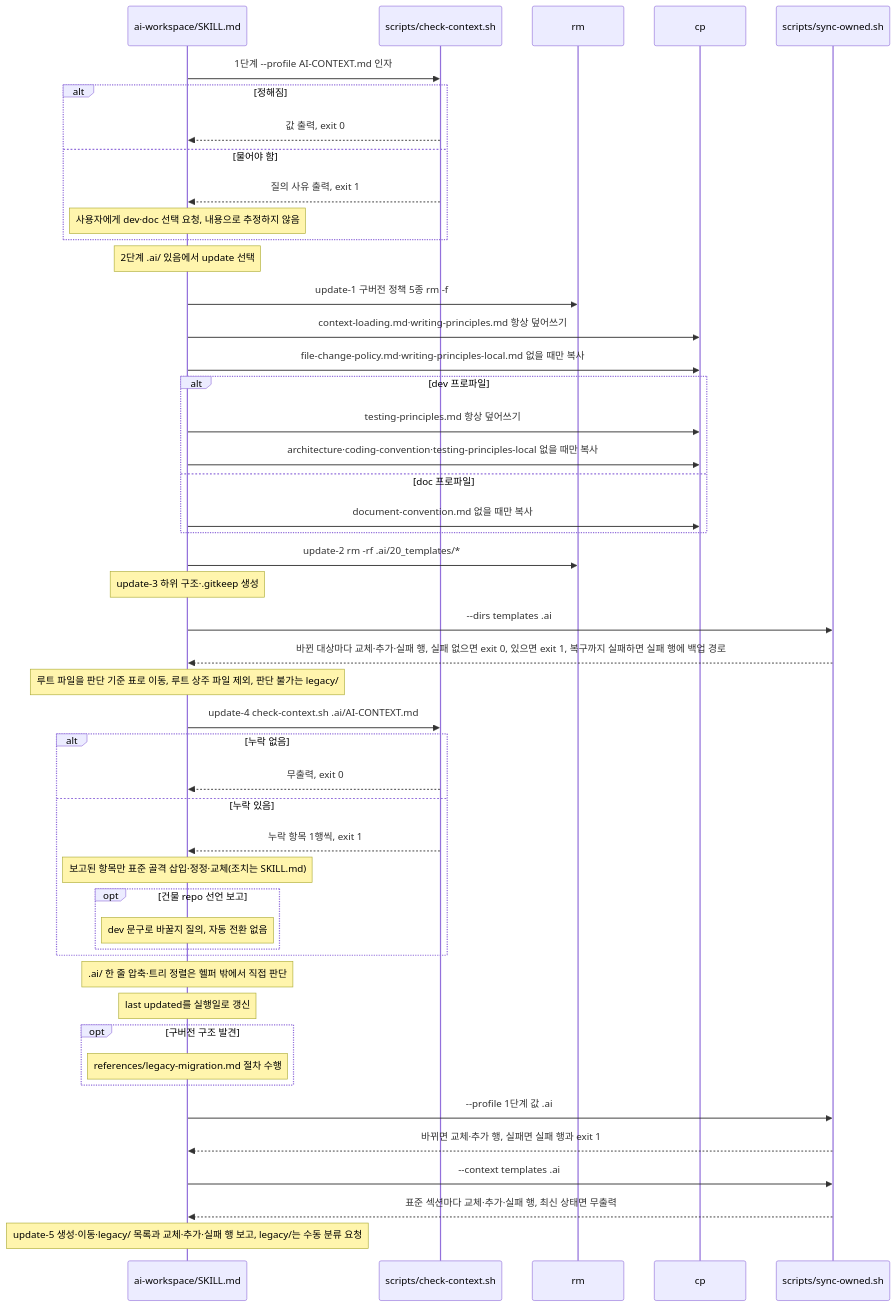
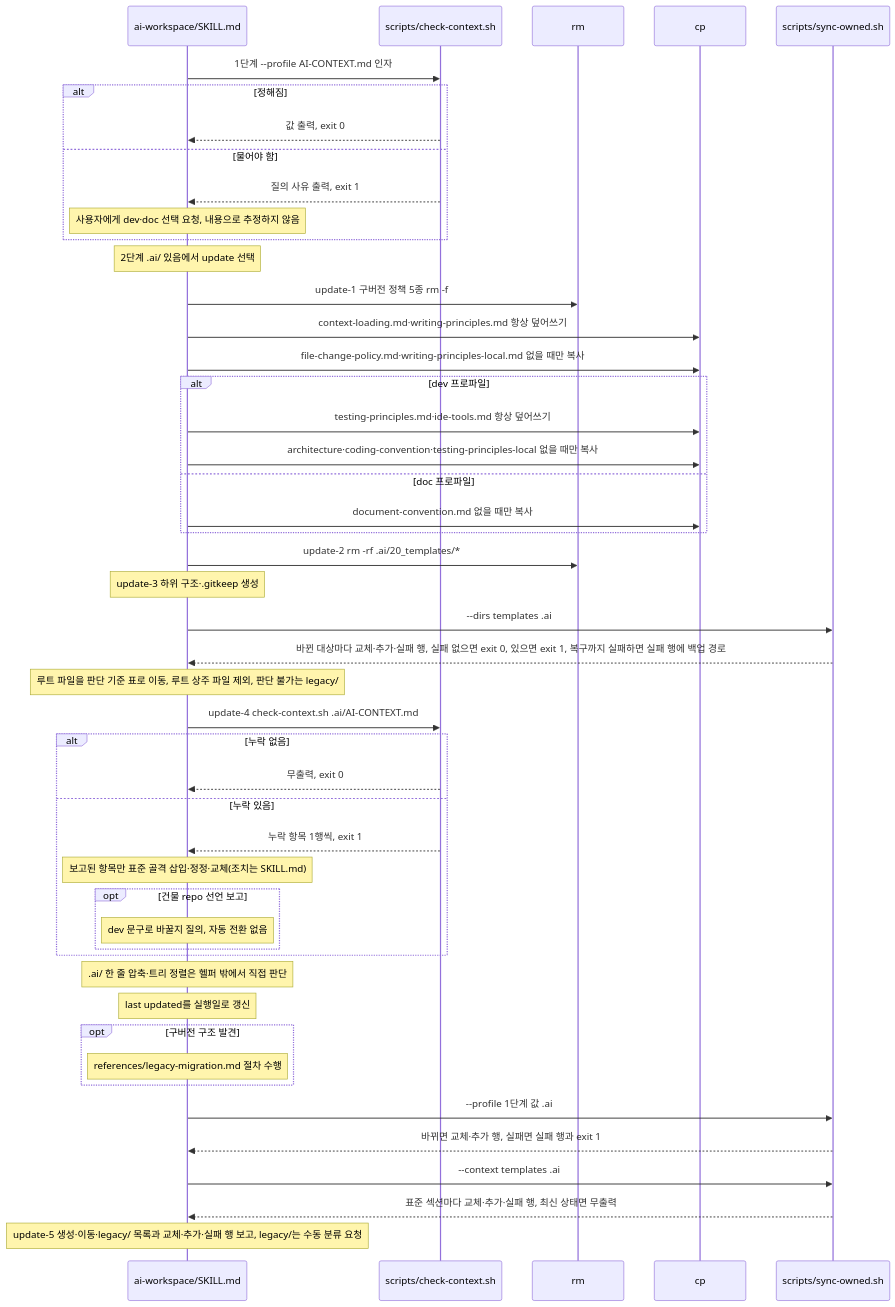
The diagram in .ai/60_codebase/ai-workspace/update-call-flow.md (scroogy-dev/scroogy-agent-skills), drawn with Mermaid before and after one commit. The commit also changed other lines of this file and 2 other files, not shown here.

Commit message:
docs: 코드맵 sync로 ai-workspace 흐름에 ide-tools.md 배포·행 검사를 반영하고 동기화 표지를 cdcdb84로 갱신 (#136)

````diff
--- a/.ai/60_codebase/ai-workspace/update-call-flow.md
+++ b/.ai/60_codebase/ai-workspace/update-call-flow.md
@@ -45,51 +46,51 @@
 ```mermaid
 sequenceDiagram
     participant SK as ai-workspace/SKILL.md
     participant CC as scripts/check-context.sh
     participant RM as rm
     participant CP as cp
     participant SO as scripts/sync-owned.sh
 
     SK->>CC: 1단계 --profile AI-CONTEXT.md 인자
     alt 정해짐
         CC-->>SK: 값 출력, exit 0
     else 물어야 함
         CC-->>SK: 질의 사유 출력, exit 1
         Note over SK: 사용자에게 dev·doc 선택 요청, 내용으로 추정하지 않음
     end
     Note over SK: 2단계 .ai/ 있음에서 update 선택
     SK->>RM: update-1 구버전 정책 5종 rm -f
     SK->>CP: context-loading.md·writing-principles.md 항상 덮어쓰기
     SK->>CP: file-change-policy.md·writing-principles-local.md 없을 때만 복사
     alt dev 프로파일
-        SK->>CP: testing-principles.md 항상 덮어쓰기
+        SK->>CP: testing-principles.md·ide-tools.md 항상 덮어쓰기
         SK->>CP: architecture·coding-convention·testing-principles-local 없을 때만 복사
     else doc 프로파일
         SK->>CP: document-convention.md 없을 때만 복사
     end
     SK->>RM: update-2 rm -rf .ai/20_templates/*
     Note over SK: update-3 하위 구조·.gitkeep 생성
     SK->>SO: --dirs templates .ai
     SO-->>SK: 바뀐 대상마다 교체·추가·실패 행, 실패 없으면 exit 0, 있으면 exit 1, 복구까지 실패하면 실패 행에 백업 경로
     Note over SK: 루트 파일을 판단 기준 표로 이동, 루트 상주 파일 제외, 판단 불가는 legacy/
     SK->>CC: update-4 check-context.sh .ai/AI-CONTEXT.md
     alt 누락 없음
         CC-->>SK: 무출력, exit 0
     else 누락 있음
         CC-->>SK: 누락 항목 1행씩, exit 1
         Note over SK: 보고된 항목만 표준 골격 삽입·정정·교체(조치는 SKILL.md)
         opt 건물 repo 선언 보고
             Note over SK: dev 문구로 바꿀지 질의, 자동 전환 없음
         end
     end
     Note over SK: .ai/ 한 줄 압축·트리 정렬은 헬퍼 밖에서 직접 판단
     Note over SK: last updated를 실행일로 갱신
     opt 구버전 구조 발견
         Note over SK: references/legacy-migration.md 절차 수행
     end
     SK->>SO: --profile 1단계 값 .ai
     SO-->>SK: 바뀌면 교체·추가 행, 실패면 실패 행과 exit 1
     SK->>SO: --context templates .ai
     SO-->>SK: 표준 섹션마다 교체·추가·실패 행, 최신 상태면 무출력
     Note over SK: update-5 생성·이동·legacy/ 목록과 교체·추가·실패 행 보고, legacy/는 수동 분류 요청
 ```
````
